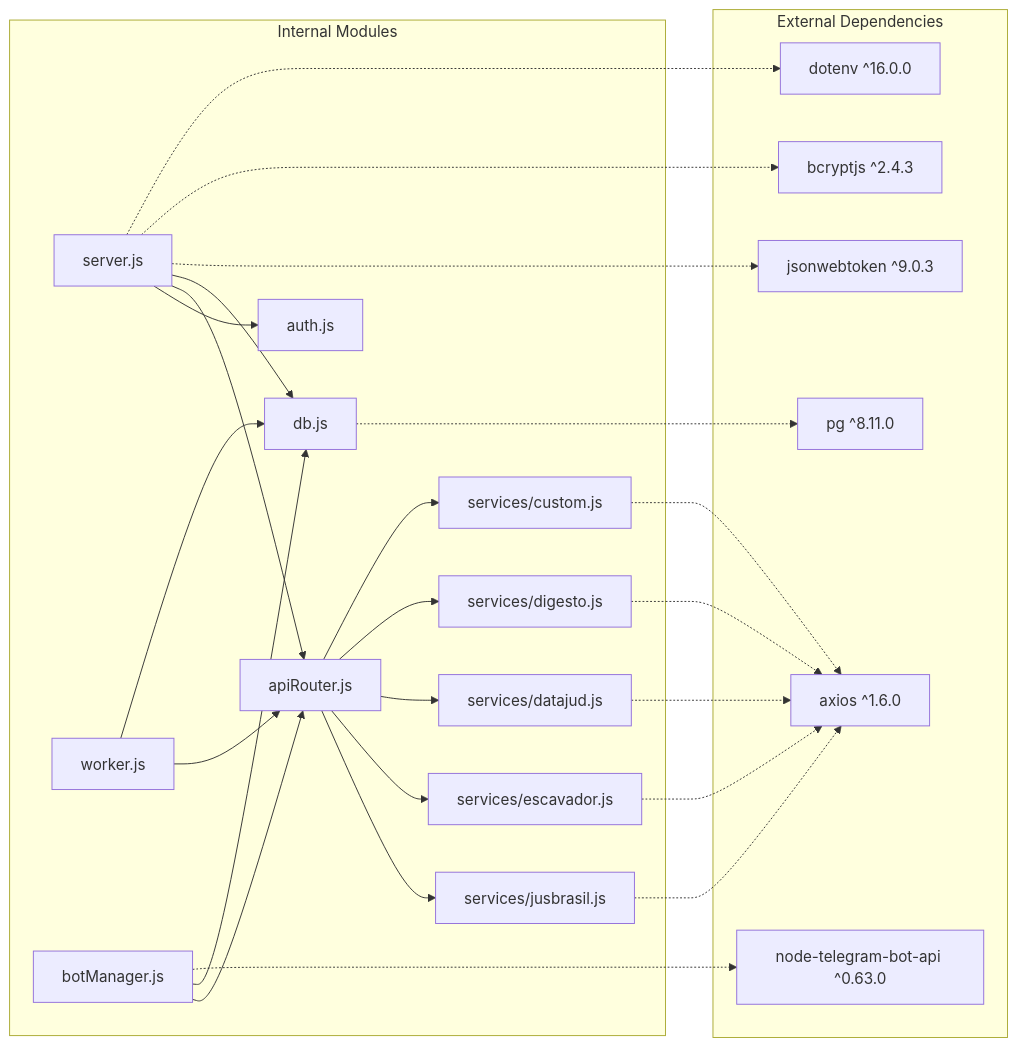
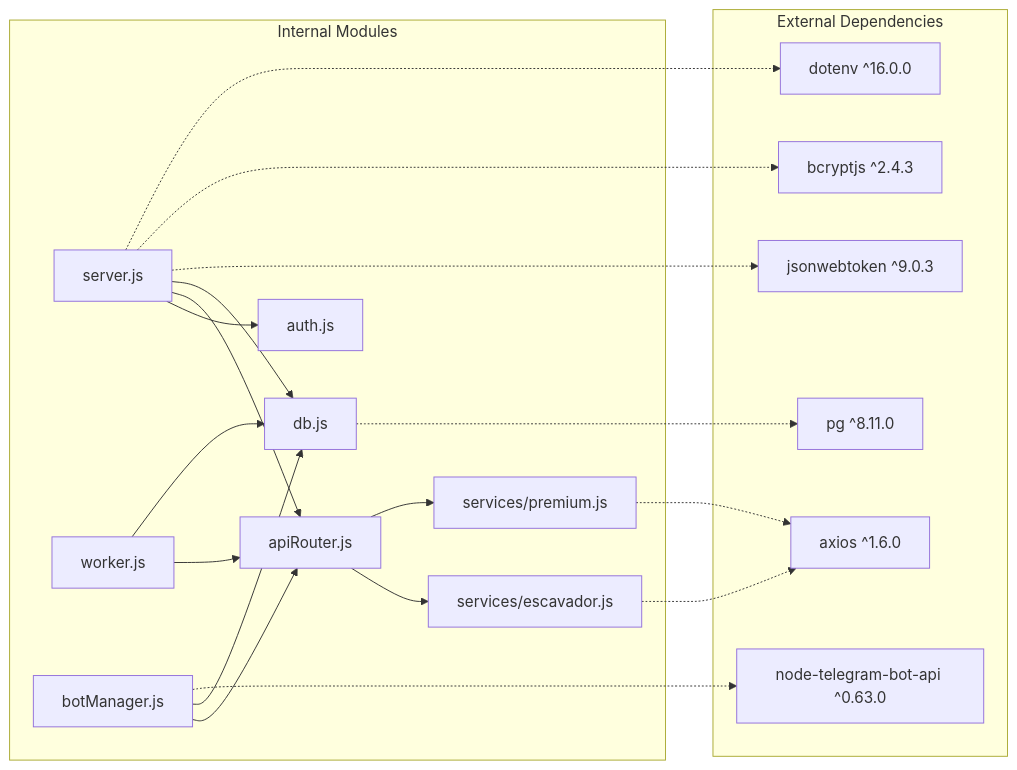
Before and after one commit to Alexandrexicara/bot-processos: diagram 19 of 19 in .qoder/repowiki/en/content/API Integration Layer/Premium Paid Service Integration.md, drawn with Mermaid. The commit also changed other lines of this file and 6 other files, not shown here.

````diff
--- a/.qoder/repowiki/en/content/API Integration Layer/Premium Paid Service Integration.md
+++ b/.qoder/repowiki/en/content/API Integration Layer/Premium Paid Service Integration.md
@@ -822,46 +685,37 @@
 ```mermaid
 graph LR
 subgraph "External Dependencies"
 Axios["axios ^1.6.0"]
 JWT["jsonwebtoken ^9.0.3"]
 BCrypt["bcryptjs ^2.4.3"]
 PG["pg ^8.11.0"]
 Telegram["node-telegram-bot-api ^0.63.0"]
 Dotenv["dotenv ^16.0.0"]
 end
 subgraph "Internal Modules"
 Server["server.js"]
 Auth["auth.js"]
 Router["apiRouter.js"]
-Jusbrasil["services/jusbrasil.js"]
 Escavador["services/escavador.js"]
-DataJud["services/datajud.js"]
-Digesto["services/digesto.js"]
-Custom["services/custom.js"]
+Premium["services/premium.js"]
 Worker["worker.js"]
 BotMgr["botManager.js"]
 DB["db.js"]
 end
 Server --> Auth
 Server --> Router
-Router --> Jusbrasil
 Router --> Escavador
-Router --> DataJud
-Router --> Digesto
-Router --> Custom
+Router --> Premium
 Worker --> Router
 BotMgr --> Router
 Server --> DB
 Worker --> DB
 BotMgr --> DB
-Jusbrasil -.-> Axios
 Escavador -.-> Axios
-DataJud -.-> Axios
-Digesto -.-> Axios
-Custom -.-> Axios
+Premium -.-> Axios
 Server -.-> JWT
 Server -.-> BCrypt
 DB -.-> PG
 BotMgr -.-> Telegram
 Server -.-> Dotenv
 ```
````
